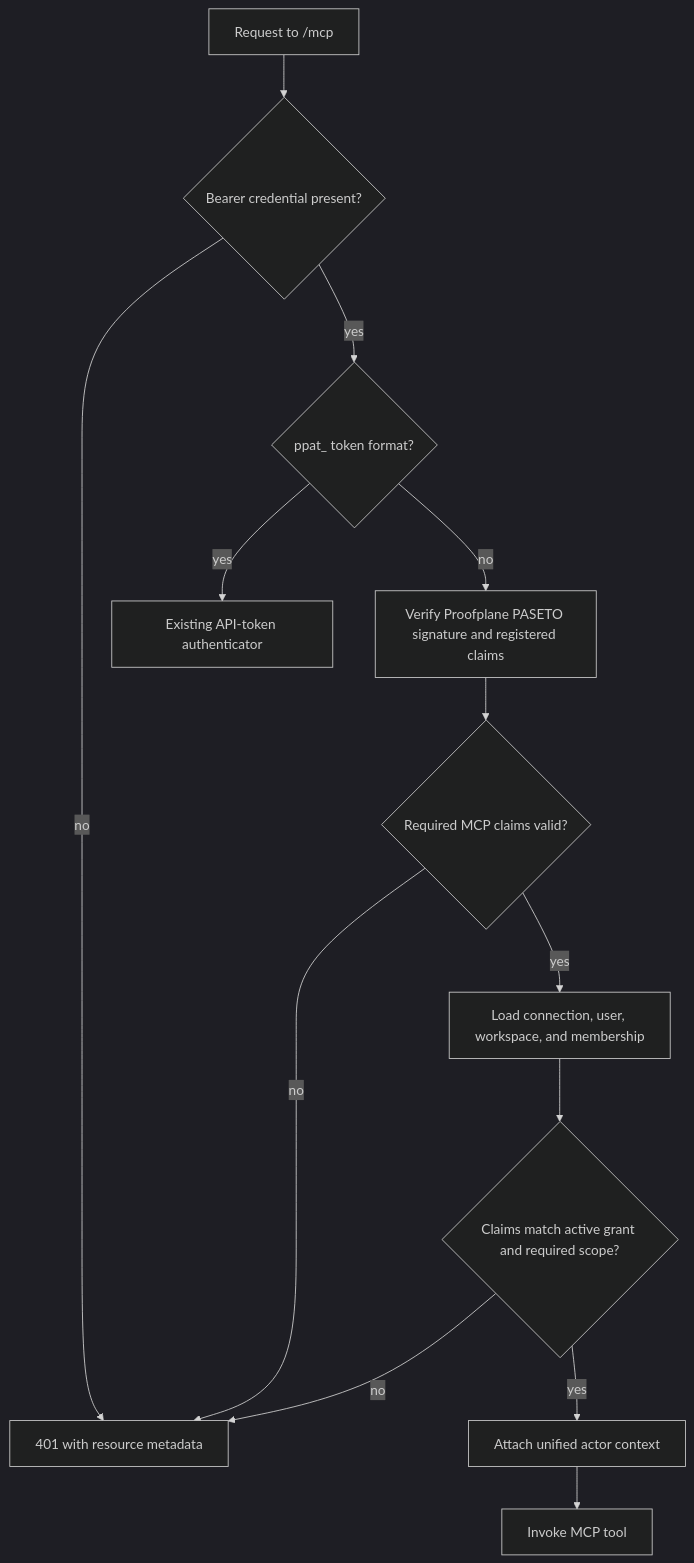
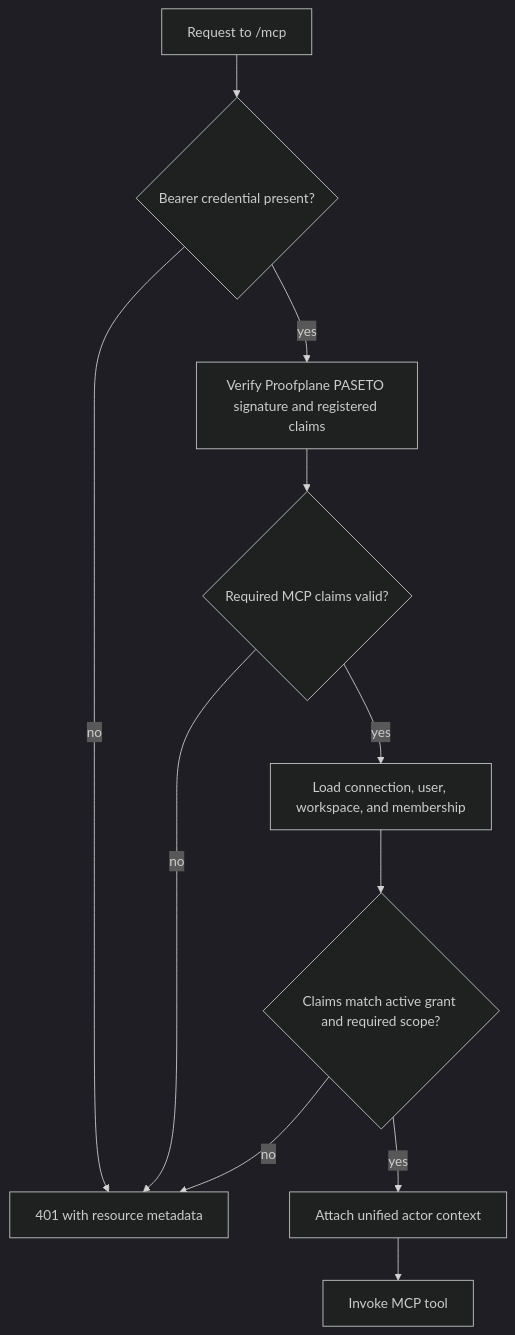
One commit to proofplane/proofplane changed the third of 4 diagrams in docs/epics/agent-connector-onboarding/spec.md. Above: the diagram before and after it, drawn with Mermaid (dark theme). The commit also changed other lines of this file and 20 other files, not shown here.

````diff
--- a/docs/epics/agent-connector-onboarding/spec.md
+++ b/docs/epics/agent-connector-onboarding/spec.md
@@ -418,15 +454,13 @@
 ```mermaid
 flowchart TD
     R[Request to /mcp] --> B{Bearer credential present?}
     B -- no --> U[401 with resource metadata]
-    B -- yes --> T{ppat_ token format?}
-    T -- yes --> P[Existing API-token authenticator]
-    T -- no --> J[Verify Proofplane PASETO signature and registered claims]
+    B -- yes --> J[Verify Proofplane PASETO signature and registered claims]
     J --> C{Required MCP claims valid?}
     C -- no --> U
     C -- yes --> G[Load connection, user, workspace, and membership]
     G --> V{Claims match active grant and required scope?}
     V -- no --> U
     V -- yes --> A[Attach unified actor context]
     A --> M[Invoke MCP tool]
 ```
````
